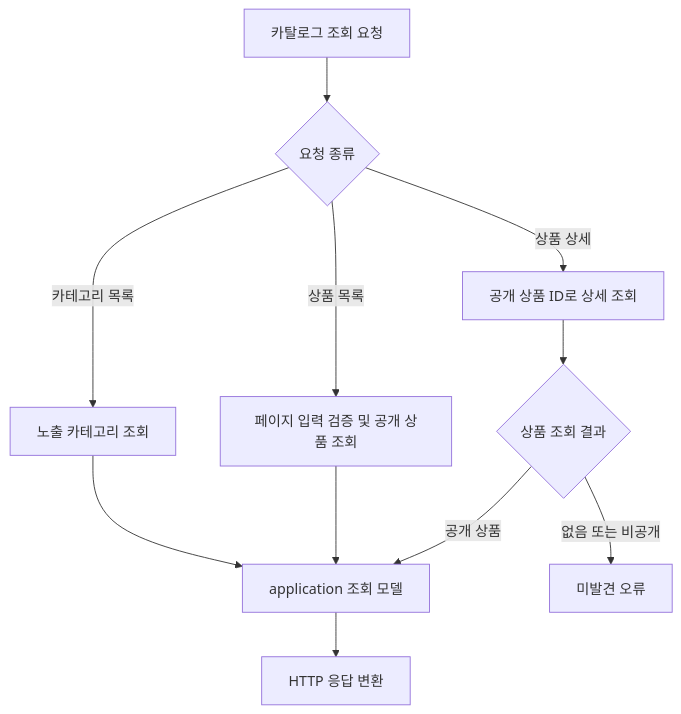
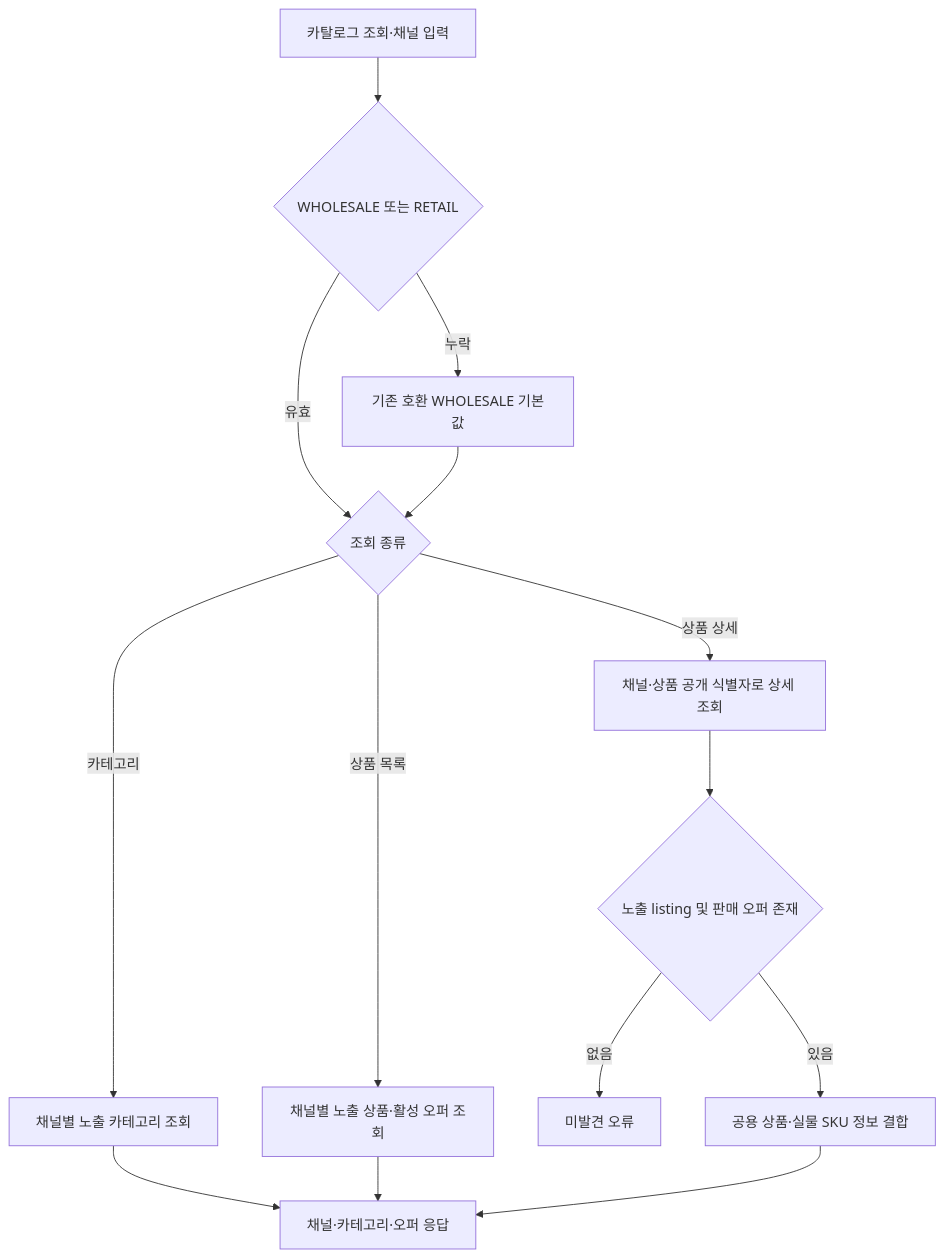
Before and after one commit to DongHyeonEom/umji-market-api: the first of 2 diagrams in docs/services/catalog.md, drawn with Mermaid. The commit also changed other lines of this file and 52 other files, not shown here.

````diff
--- a/docs/services/catalog.md
+++ b/docs/services/catalog.md
@@ -7,13 +15,16 @@
 ```mermaid
 flowchart TD
-    A[카탈로그 조회 요청] --> B{요청 종류}
-    B -- 카테고리 목록 --> C[노출 카테고리 조회]
-    B -- 상품 목록 --> D[페이지 입력 검증 및 공개 상품 조회]
-    B -- 상품 상세 --> E[공개 상품 ID로 상세 조회]
-    C --> F[application 조회 모델]
-    D --> F
-    E --> G{상품 조회 결과}
-    G -- 없음 또는 비공개 --> H[미발견 오류]
-    G -- 공개 상품 --> F
-    F --> I[HTTP 응답 변환]
+    REQUEST[카탈로그 조회·채널 입력] --> CHANNEL{WHOLESALE 또는 RETAIL}
+    CHANNEL -- 누락 --> DEFAULT[기존 호환 WHOLESALE 기본값]
+    CHANNEL -- 유효 --> ACTION{조회 종류}
+    DEFAULT --> ACTION
+    ACTION -- 카테고리 --> CATEGORIES[채널별 노출 카테고리 조회]
+    ACTION -- 상품 목록 --> LISTING[채널별 노출 상품·활성 오퍼 조회]
+    ACTION -- 상품 상세 --> DETAIL[채널·상품 공개 식별자로 상세 조회]
+    DETAIL --> FOUND{노출 listing 및 판매 오퍼 존재}
+    FOUND -- 없음 --> MISSING[미발견 오류]
+    FOUND -- 있음 --> COMMON[공용 상품·실물 SKU 정보 결합]
+    CATEGORIES --> RESPONSE[채널·카테고리·오퍼 응답]
+    LISTING --> RESPONSE
+    COMMON --> RESPONSE
 ```
````
